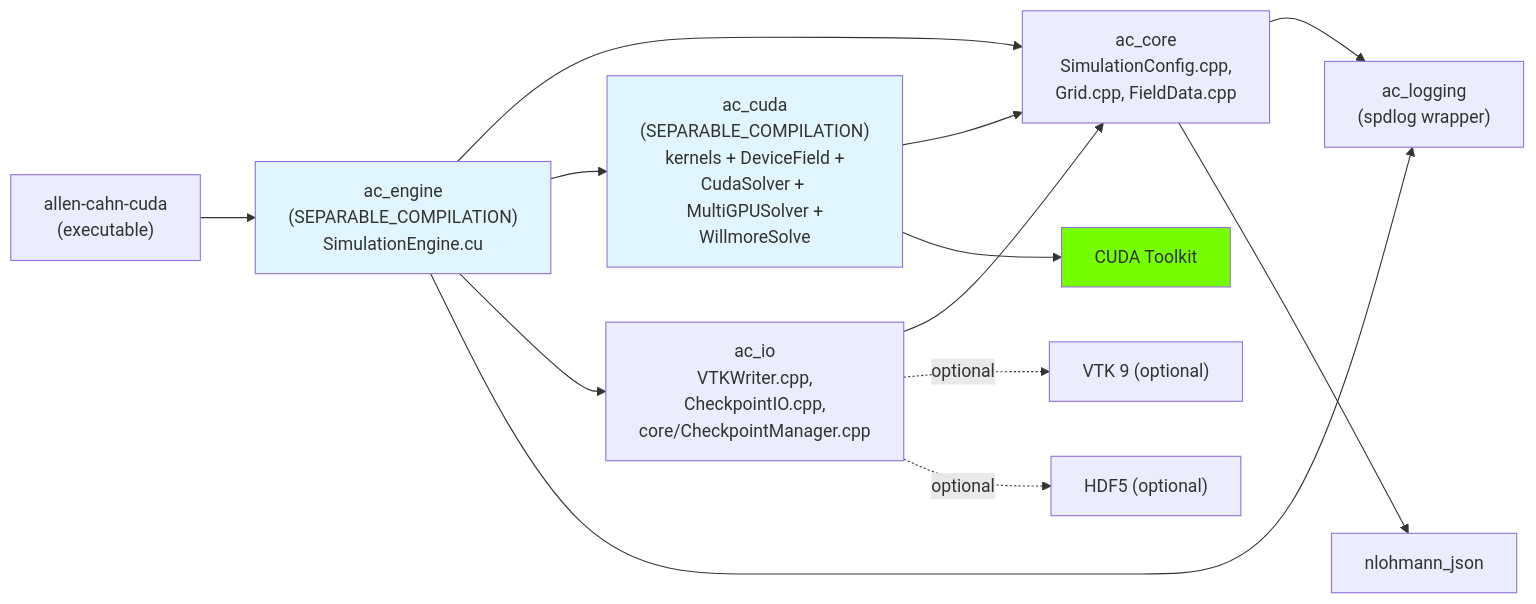
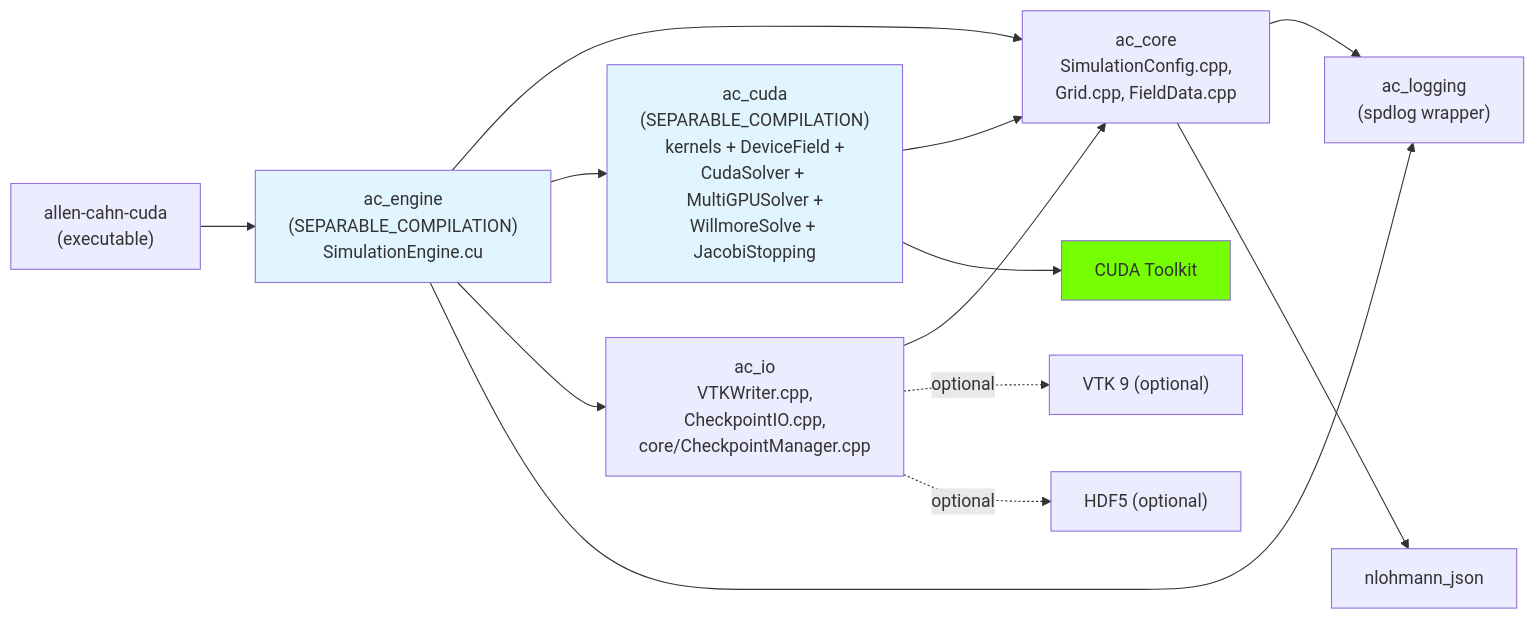
One commit to myousefi2016/Allen-Cahn-CUDA changed the second of 9 diagrams in docs/ARCHITECTURE.md. Above: the diagram before and after it, drawn with Mermaid. The commit also changed other lines of this file and 15 other files, not shown here.

````diff
--- a/docs/ARCHITECTURE.md
+++ b/docs/ARCHITECTURE.md
@@ -90,30 +93,30 @@
 ```mermaid
 graph LR
     aclog["ac_logging<br/>(spdlog wrapper)"]
     accore["ac_core<br/>SimulationConfig.cpp,<br/>Grid.cpp, FieldData.cpp"]
-    accuda["ac_cuda<br/>(SEPARABLE_COMPILATION)<br/>kernels + DeviceField +<br/>CudaSolver + MultiGPUSolver +<br/>WillmoreSolve"]
+    accuda["ac_cuda<br/>(SEPARABLE_COMPILATION)<br/>kernels + DeviceField +<br/>CudaSolver + MultiGPUSolver +<br/>WillmoreSolve + JacobiStopping"]
     acio["ac_io<br/>VTKWriter.cpp,<br/>CheckpointIO.cpp,<br/>core/CheckpointManager.cpp"]
     acengine["ac_engine<br/>(SEPARABLE_COMPILATION)<br/>SimulationEngine.cu"]
     exe["allen-cahn-cuda<br/>(executable)"]
     json["nlohmann_json"]
     cuda["CUDA Toolkit"]
     vtk["VTK 9 (optional)"]
     hdf5["HDF5 (optional)"]
 
     accore --> aclog
     accore --> json
     accuda --> accore
     accuda --> cuda
     acio --> accore
     acio -.optional.-> vtk
     acio -.optional.-> hdf5
     acengine --> accore
     acengine --> accuda
     acengine --> acio
     acengine --> aclog
     exe --> acengine
 
     style accuda fill:#e1f5fe
     style acengine fill:#e1f5fe
     style cuda fill:#76ff03
 ```
````
